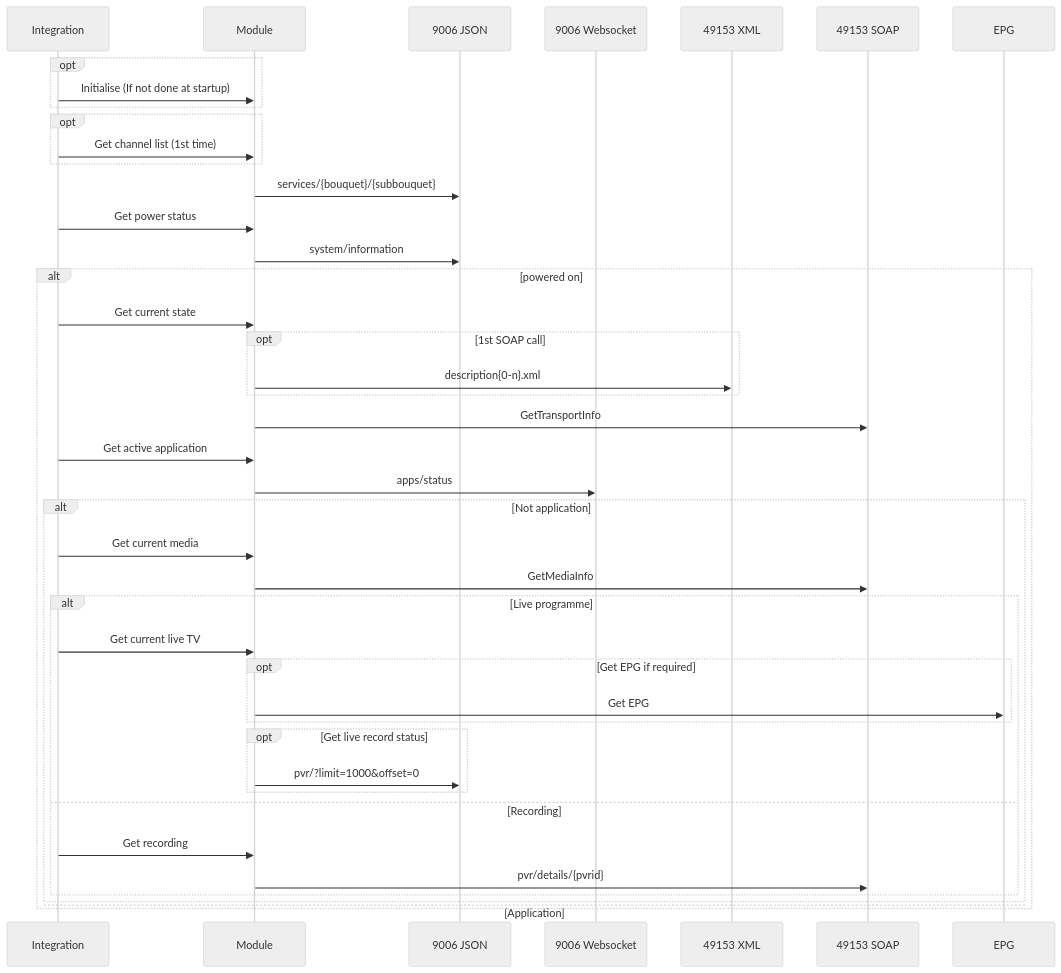
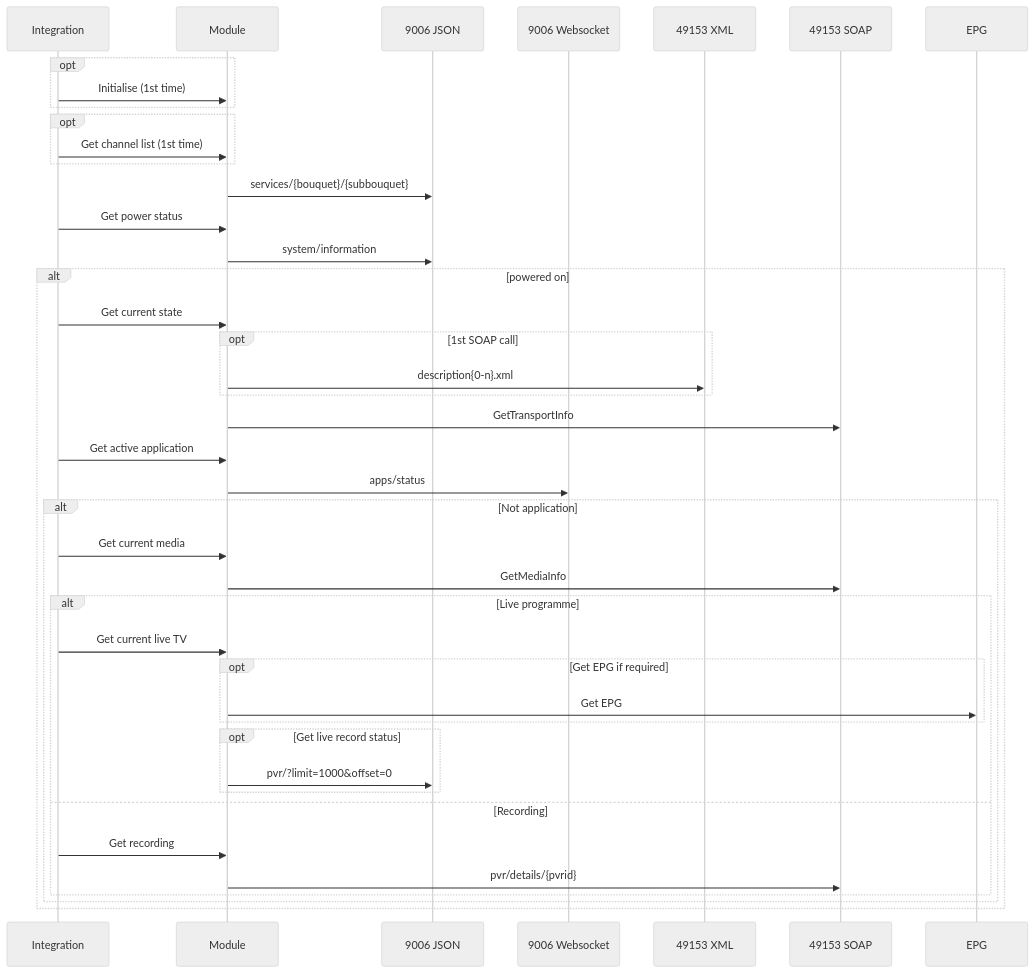
One commit to RogerSelwyn/Home_Assistant_SkyQ_MediaPlayer changed the second of 2 diagrams in flowchart/README.md. Above: the diagram before and after it, drawn with Mermaid (neutral theme). The commit also changed other lines of this file, not shown here.

````diff
--- a/flowchart/README.md
+++ b/flowchart/README.md
@@ -18,46 +19,45 @@
 ```mermaid
 sequenceDiagram
 participant I as Integration
 participant M as Module
 participant J as 9006 JSON
 participant W as 9006 Websocket
 participant X as 49153 XML
 participant S as 49153 SOAP
 participant W as 9006 Websocket
 participant E as EPG
 opt
-  I->>M: Initialise (If not done at startup)
+  I->>M: Initialise (1st time)
 end
 opt
   I->>M: Get channel list (1st time)
 end
 M->>J: services/{bouquet}/{subbouquet}
 I->>M: Get power status
 M->>J: system/information
 alt powered on
   I->>M: Get current state
   opt 1st SOAP call
     M->>X: description{0-n}.xml
   end
   M->>S: GetTransportInfo
   I->>M: Get active application
   M->>W: apps/status
   alt Not application
     I->>M: Get current media
     M->>S: GetMediaInfo
     alt Live programme
       I->>M: Get current live TV
       opt Get EPG if required
         M->>E: Get EPG
       end
       opt Get live record status
         M->>J: pvr/?limit=1000&offset=0
       end
     else Recording
       I->>M: Get recording
       M->>S: pvr/details/{pvrid}
     end
-  else Application
   end
 end
 ```
````
